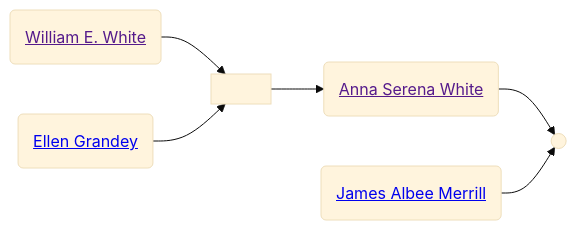
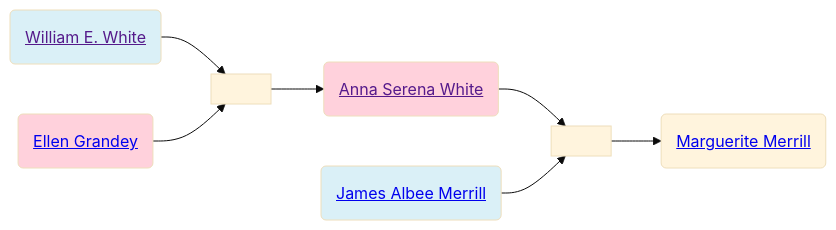
One commit to neelsmith/avocational changed the second of 2 diagrams in familyhistory/sources/people/Merrill-line/White-line/William_E._White.qmd. Above: the diagram before and after it, drawn with Mermaid (base theme). The commit also changed other lines of this file and 91 other files, not shown here.

Commit message:
Rebuild descendant diagrams

````diff
--- a/familyhistory/sources/people/Merrill-line/White-line/William_E._White.qmd
+++ b/familyhistory/sources/people/Merrill-line/White-line/William_E._White.qmd
@@ -72,14 +73,20 @@
 ```{mermaid}
 graph LR
+%% LR descendant diagram
 class William_E._White_and_Ellen_Grandey marriage
 William_E._White(<a href=''>William E. White</>) --> William_E._White_and_Ellen_Grandey[ ]
 Ellen_Grandey(<a href='./../Grandey-line/Ellen_Grandey.html'>Ellen Grandey</>) --> William_E._White_and_Ellen_Grandey(( ))
+class William_E._White father
+class Ellen_Grandey mother
 William_E._White_and_Ellen_Grandey[ ] --> Anna_Serena_White(<a href='./Anna_Serena_White.html'>Anna Serena White</>)
 class Anna_Serena_White_and_James_Albee_Merrill marriage
 Anna_Serena_White(<a href=''>Anna Serena White</>) --> Anna_Serena_White_and_James_Albee_Merrill[ ]
 James_Albee_Merrill(<a href='./../James_Albee_Merrill.html'>James Albee Merrill</>) --> Anna_Serena_White_and_James_Albee_Merrill(( ))
+class James_Albee_Merrill father
+class Anna_Serena_White mother
+Anna_Serena_White_and_James_Albee_Merrill[ ] --> Marguerite_Merrill(<a href='./../Marguerite_Merrill.html'>Marguerite Merrill</>)
 classDef mother fill:#ffd1dc
 classDef father fill:#daf0f7  
 classDef marriage fill:#ffffff
 
 ```
````
